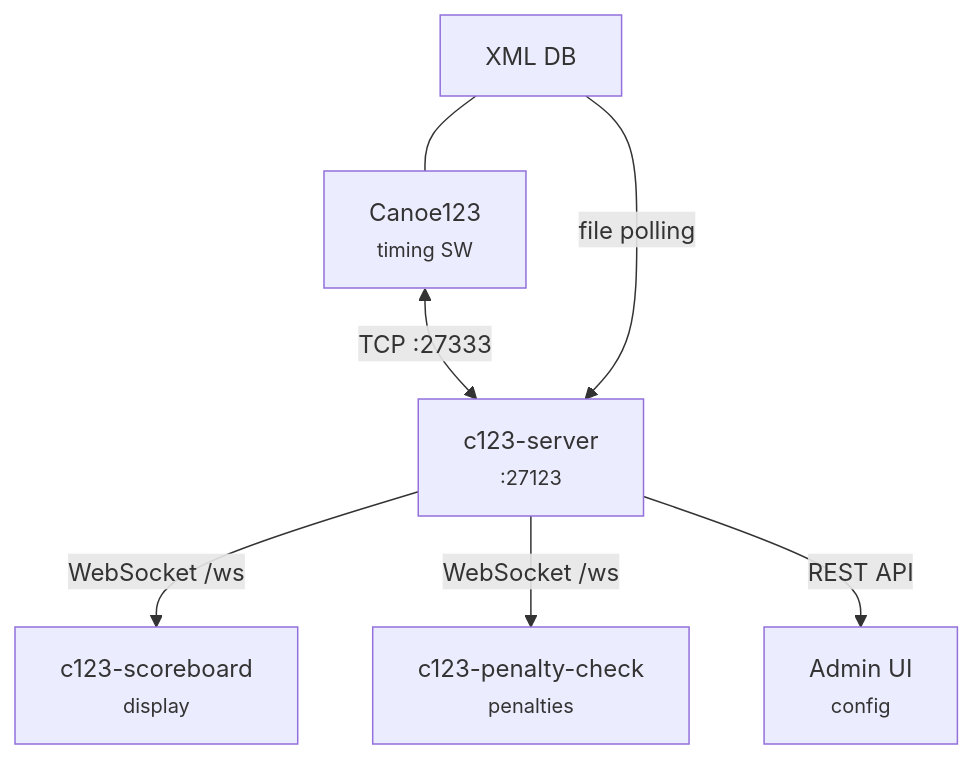
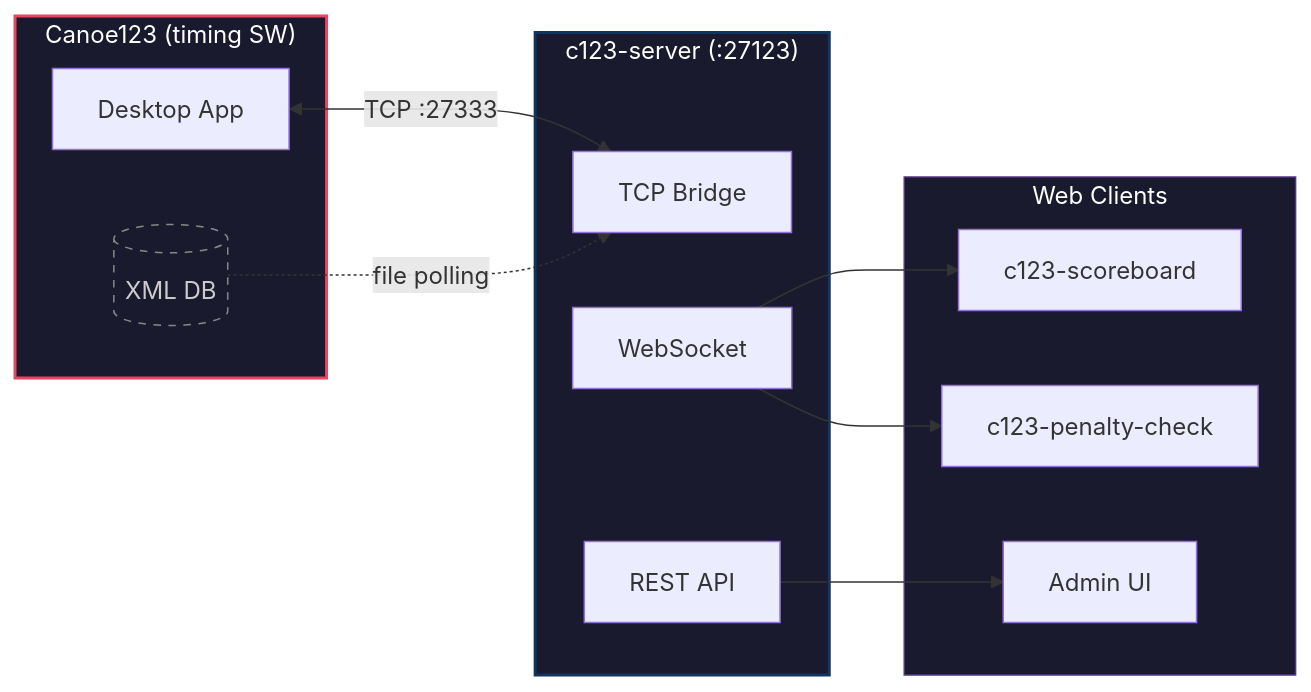
The diagram in profile/README.md (OpenCanoeTiming/.github), drawn with Mermaid before and after one commit.

Commit message:
docs: improve architecture diagram hierarchy

````diff
--- a/profile/README.md
+++ b/profile/README.md
@@ -36,16 +36,30 @@
 ```mermaid
-graph TD
-    C123["Canoe123<br/><small>timing SW</small>"]
-    DB["XML DB"]
-    SRV["c123-server<br/><small>:27123</small>"]
-    SB["c123-scoreboard<br/><small>display</small>"]
-    PC["c123-penalty-check<br/><small>penalties</small>"]
-    ADMIN["Admin UI<br/><small>config</small>"]
+graph LR
+    subgraph canoe123 ["Canoe123 (timing SW)"]
+        C123[Desktop App]
+        DB[(XML DB)]
+    end
 
-    C123 <-->|"TCP :27333"| SRV
-    DB -->|"file polling"| SRV
-    DB --- C123
-    SRV -->|"WebSocket /ws"| SB
-    SRV -->|"WebSocket /ws"| PC
-    SRV -->|"REST API"| ADMIN
+    subgraph server ["c123-server (:27123)"]
+        TCP[TCP Bridge]
+        WS[WebSocket]
+        REST[REST API]
+    end
+
+    subgraph clients ["Web Clients"]
+        SB[c123-scoreboard]
+        PC[c123-penalty-check]
+        ADMIN[Admin UI]
+    end
+
+    C123 <-->|"TCP :27333"| TCP
+    DB -.->|"file polling"| TCP
+    WS --> SB
+    WS --> PC
+    REST --> ADMIN
+
+    style canoe123 fill:#1a1a2e,stroke:#e94560,stroke-width:2px,color:#fff
+    style server fill:#1a1a2e,stroke:#0f3460,stroke-width:2px,color:#fff
+    style clients fill:#1a1a2e,stroke:#533483,stroke-width:1px,color:#fff
+    style DB fill:none,stroke:#888,stroke-dasharray:5 5,color:#ccc
 ```
````
